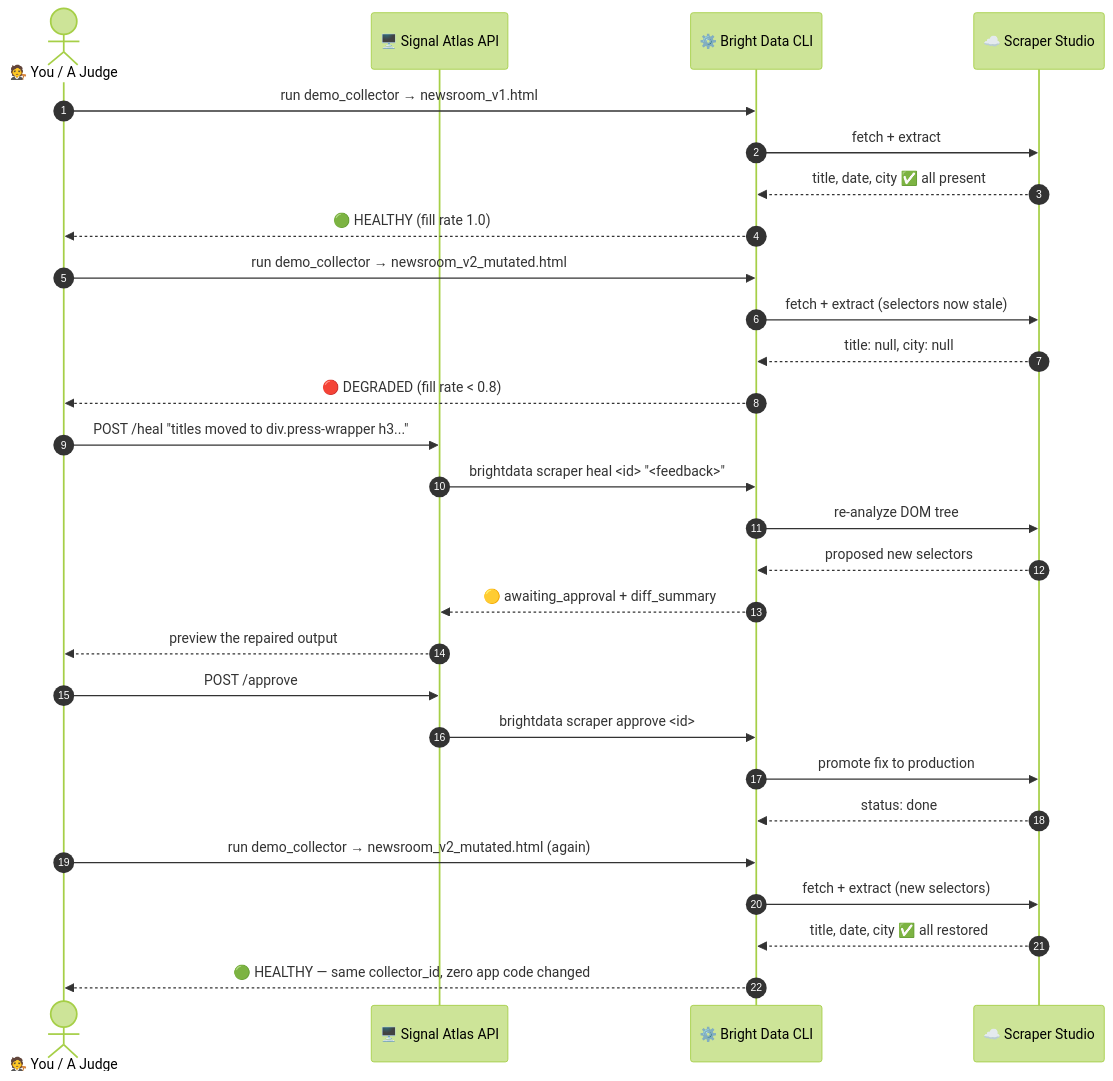
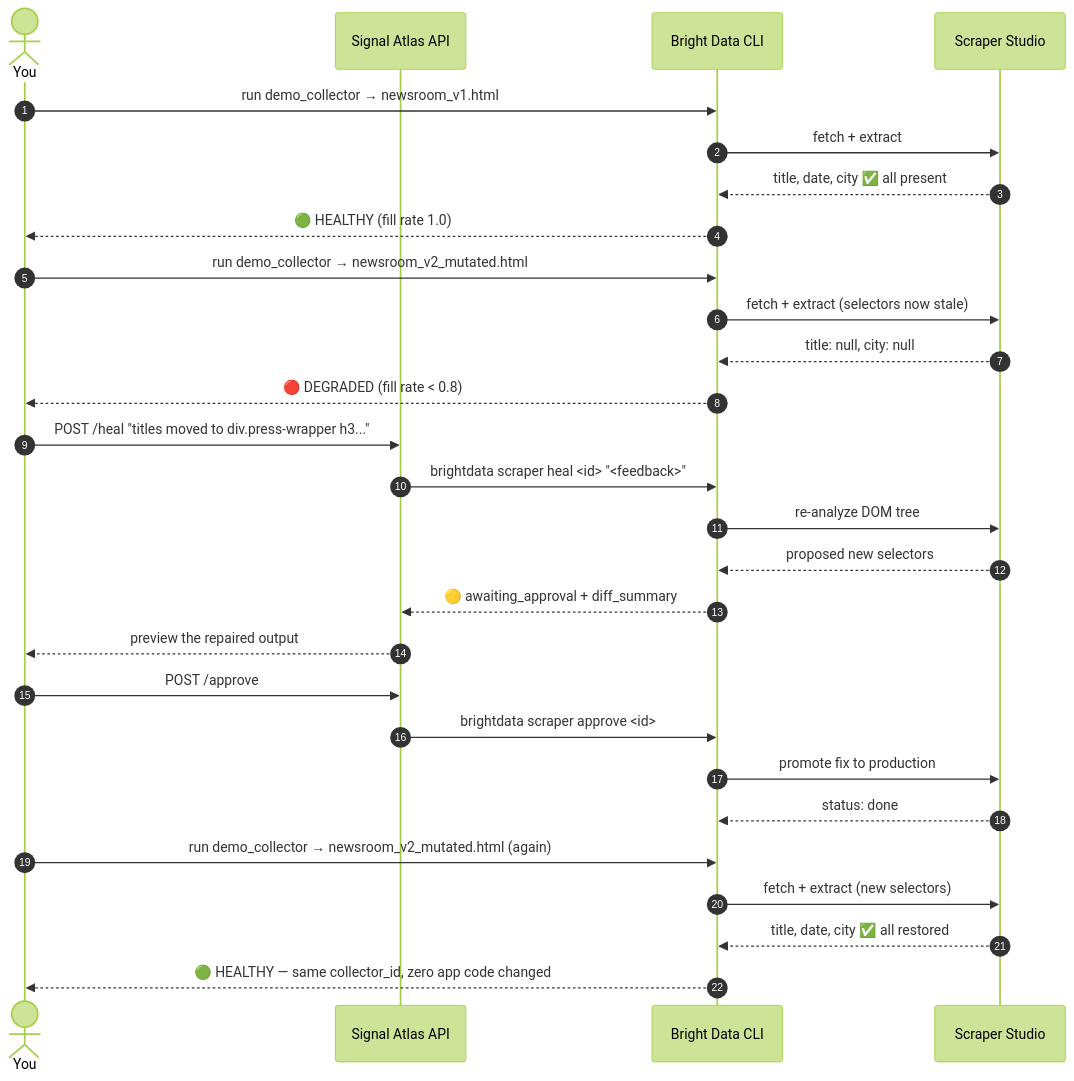
Before and after one commit to arjitujjawal-art/Web_Scraper: the fourth of 9 diagrams in README.md, drawn with Mermaid (forest theme). The commit also changed other lines of this file, not shown here.

Commit message:
Revise functionality section and sequence diagram
Updated the README to clarify functionality and improve formatting.

````diff
--- a/README.md
+++ b/README.md
@@ -243,35 +241,35 @@
 ```mermaid
 sequenceDiagram
     autonumber
-    actor Judge as 🧑‍⚖️ You / A Judge
-    participant API as 🖥️ Signal Atlas API
-    participant CLI as ⚙️ Bright Data CLI
-    participant SS as ☁️ Scraper Studio
+    actor Judge as  You 
+    participant API as  Signal Atlas API
+    participant CLI as  Bright Data CLI
+    participant SS as  Scraper Studio
 
     Judge->>CLI: run demo_collector → newsroom_v1.html
     CLI->>SS: fetch + extract
     SS-->>CLI: title, date, city ✅ all present
     CLI-->>Judge: 🟢 HEALTHY (fill rate 1.0)
 
     Judge->>CLI: run demo_collector → newsroom_v2_mutated.html
     CLI->>SS: fetch + extract (selectors now stale)
     SS-->>CLI: title: null, city: null
     CLI-->>Judge: 🔴 DEGRADED (fill rate < 0.8)
 
     Judge->>API: POST /heal "titles moved to div.press-wrapper h3..."
     API->>CLI: brightdata scraper heal <id> "<feedback>"
     CLI->>SS: re-analyze DOM tree
     SS-->>CLI: proposed new selectors
     CLI-->>API: 🟡 awaiting_approval + diff_summary
     API-->>Judge: preview the repaired output
 
     Judge->>API: POST /approve
     API->>CLI: brightdata scraper approve <id>
     CLI->>SS: promote fix to production
     SS-->>CLI: status: done
 
     Judge->>CLI: run demo_collector → newsroom_v2_mutated.html (again)
     CLI->>SS: fetch + extract (new selectors)
     SS-->>CLI: title, date, city ✅ all restored
     CLI-->>Judge: 🟢 HEALTHY — same collector_id, zero app code changed
 ```
````
